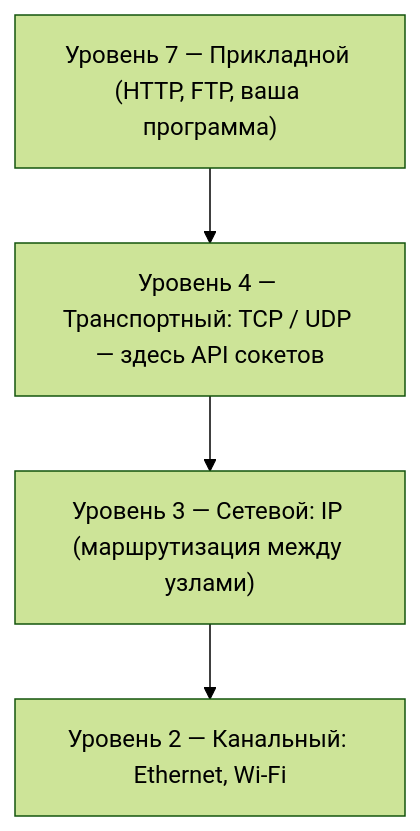
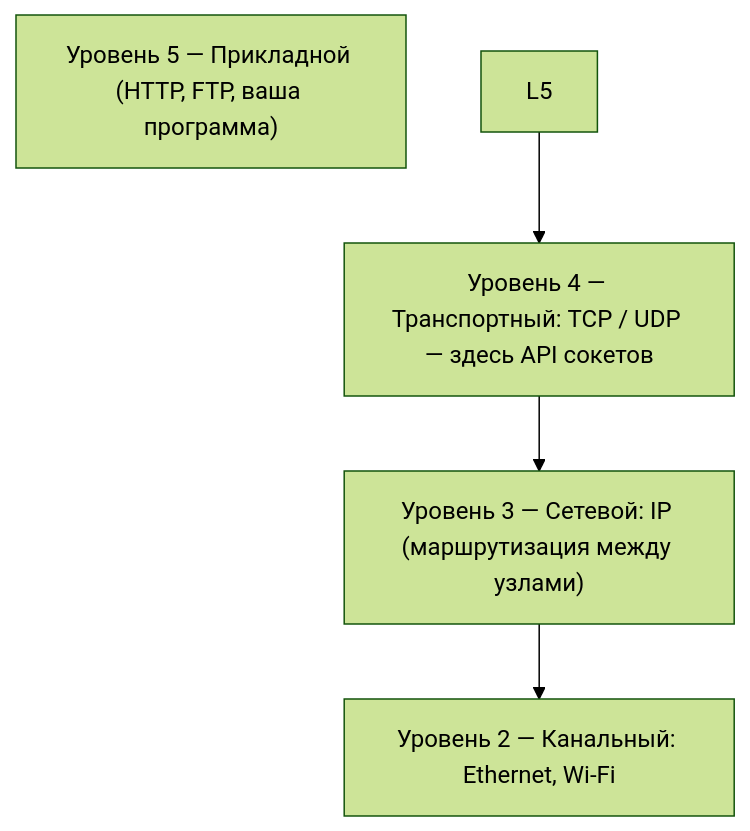
Before and after one commit to Mohanad0101/-: the second of 2 diagrams in README.md, drawn with Mermaid (forest theme). The commit also changed other lines of this file, not shown here.

````diff
--- a/README.md
+++ b/README.md
@@ -712,8 +706,8 @@
 ```mermaid
 flowchart TB
-  L7["Уровень 7 — Прикладной (HTTP, FTP, ваша программа)"]
+  L7["Уровень 5 — Прикладной (HTTP, FTP, ваша программа)"]
   L4["Уровень 4 — Транспортный: TCP / UDP — здесь API сокетов"]
   L3["Уровень 3 — Сетевой: IP (маршрутизация между узлами)"]
   L2["Уровень 2 — Канальный: Ethernet, Wi-Fi"]
-  L7 --> L4 --> L3 --> L2
+  L5 --> L4 --> L3 --> L2
 ```
````
